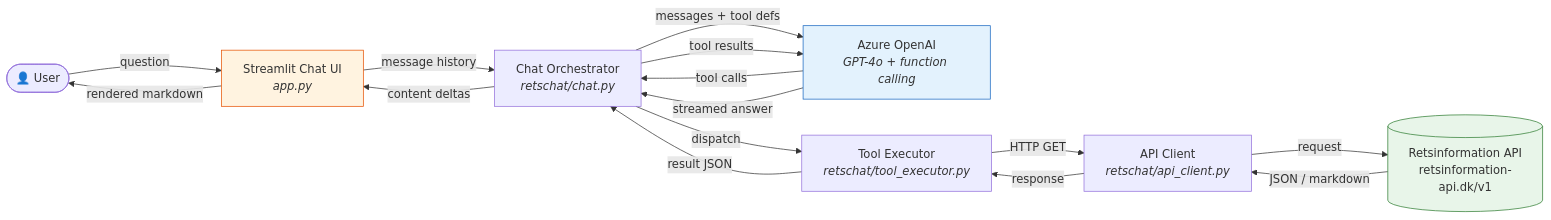
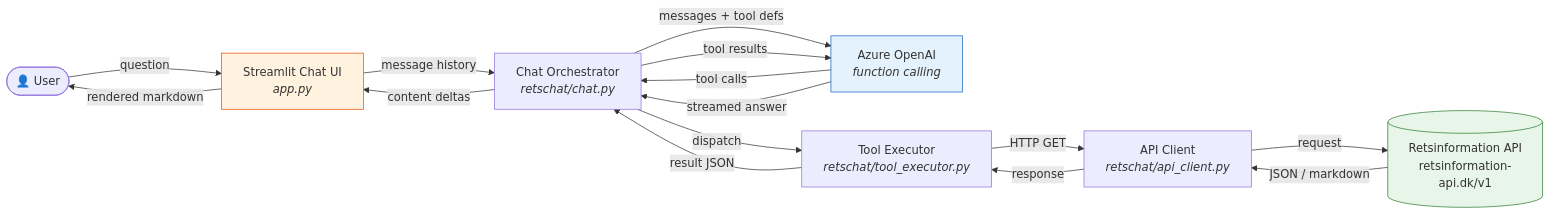
Before and after one commit to anderskeis/retschat: the first of 2 diagrams in README.md, drawn with Mermaid. The commit also changed other lines of this file and 1 other file, not shown here.

Commit message:
feat: Update Azure OpenAI deployment to gpt-5.2-chat and enhance README instructions

````diff
--- a/README.md
+++ b/README.md
@@ -42,29 +44,29 @@
 ```mermaid
 graph LR
     User([👤 User])
     UI[Streamlit Chat UI<br/><i>app.py</i>]
     Chat[Chat Orchestrator<br/><i>retschat/chat.py</i>]
-    AO[Azure OpenAI<br/><i>GPT-4o + function calling</i>]
+    AO[Azure OpenAI<br/><i>function calling</i>]
     Exec[Tool Executor<br/><i>retschat/tool_executor.py</i>]
     API[API Client<br/><i>retschat/api_client.py</i>]
     Rets[(Retsinformation API<br/>retsinformation-api.dk/v1)]
 
     User -->|question| UI
     UI -->|message history| Chat
     Chat -->|messages + tool defs| AO
     AO -->|tool calls| Chat
     Chat -->|dispatch| Exec
     Exec -->|HTTP GET| API
     API -->|request| Rets
     Rets -->|JSON / markdown| API
     API -->|response| Exec
     Exec -->|result JSON| Chat
     Chat -->|tool results| AO
     AO -->|streamed answer| Chat
     Chat -->|content deltas| UI
     UI -->|rendered markdown| User
 
     style Rets fill:#e8f5e9,stroke:#2e7d32
     style AO fill:#e3f2fd,stroke:#1565c0
     style UI fill:#fff3e0,stroke:#e65100
 ```
````
